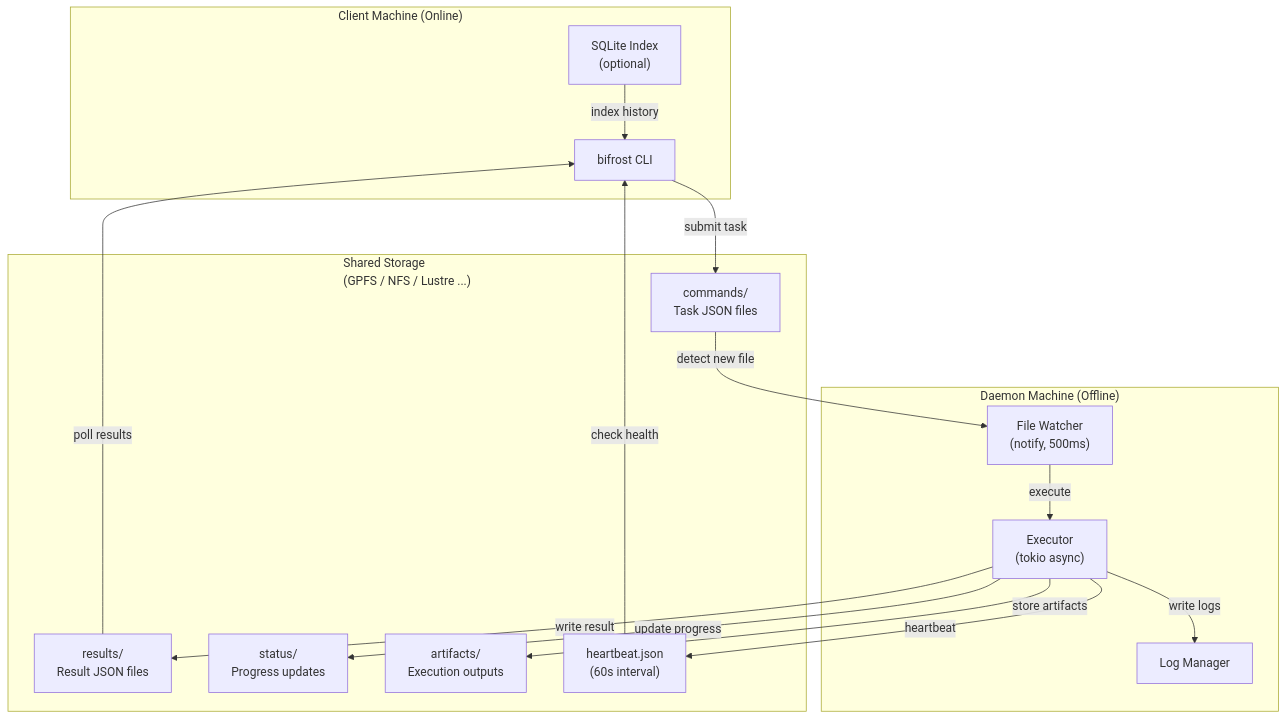
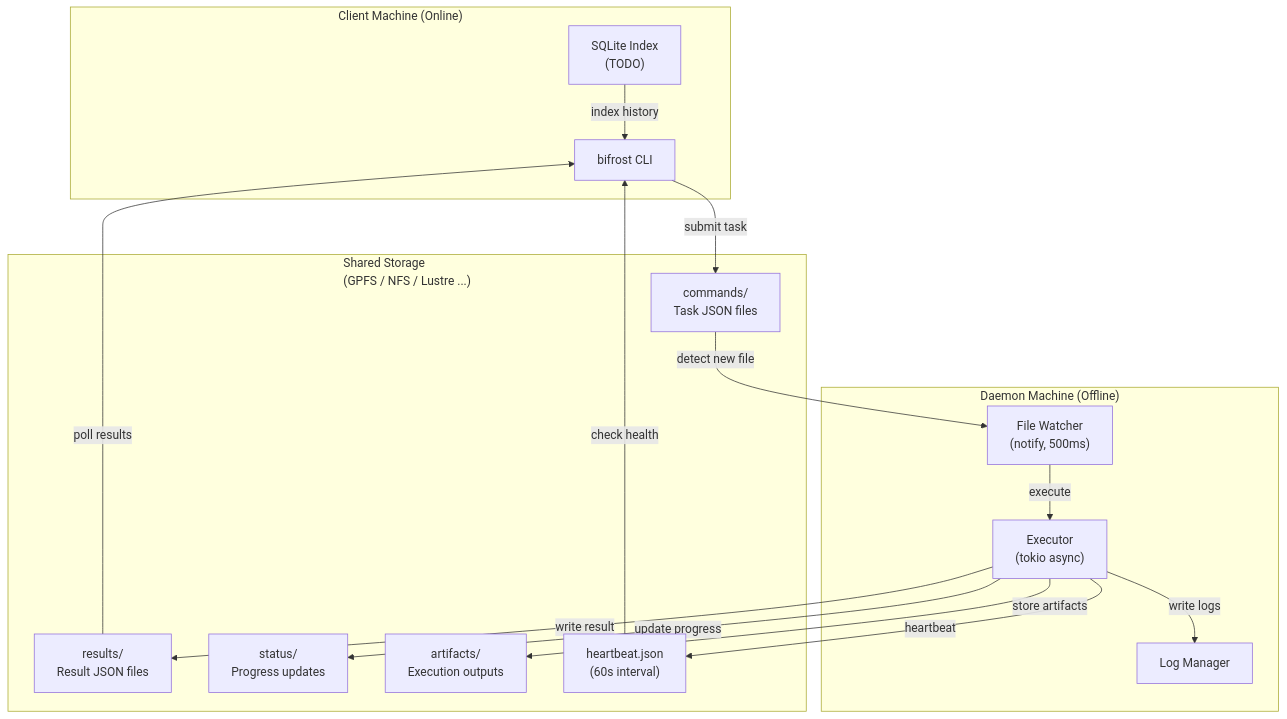
Before and after one commit to peterlau123/bifrost: the first of 2 diagrams in README.md, drawn with Mermaid. The commit also changed other lines of this file and 2 other files, not shown here.

First line of the commit message:
fix: remove stale CLI/SQLite references and dead code

````diff
--- a/README.md
+++ b/README.md
@@ -77,33 +75,33 @@
 ```mermaid
 flowchart TB
     subgraph Client["Client Machine (Online)"]
         CLI["bifrost CLI"]
-        DB["SQLite Index<br/>(optional)"]
+        DB["SQLite Index<br/>(TODO)"]
     end
     
     subgraph Shared["Shared Storage<br/>(GPFS / NFS / Lustre ...)"]
         CMD["commands/<br/>Task JSON files"]
         RES["results/<br/>Result JSON files"]
         STA["status/<br/>Progress updates"]
         ART["artifacts/<br/>Execution outputs"]
         HB["heartbeat.json<br/>(60s interval)"]
     end
     
     subgraph Daemon["Daemon Machine (Offline)"]
         WT["File Watcher<br/>(notify, 500ms)"]
         EX["Executor<br/>(tokio async)"]
         LOG["Log Manager"]
     end
     
     CLI -->|"submit task"| CMD
     CMD -->|"detect new file"| WT
     WT -->|"execute"| EX
     EX -->|"write logs"| LOG
     EX -->|"write result"| RES
     EX -->|"update progress"| STA
     EX -->|"store artifacts"| ART
     EX -->|"heartbeat"| HB
     RES -->|"poll results"| CLI
     HB -->|"check health"| CLI
     DB -->|"index history"| CLI
 ```
````
